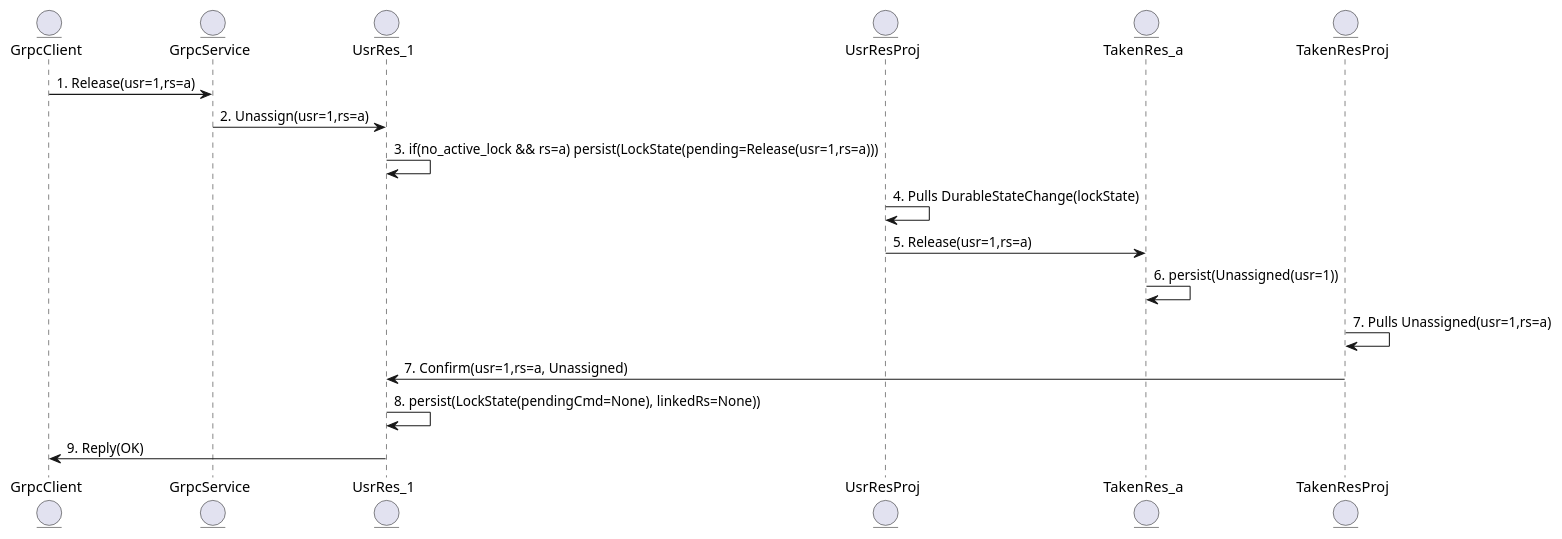
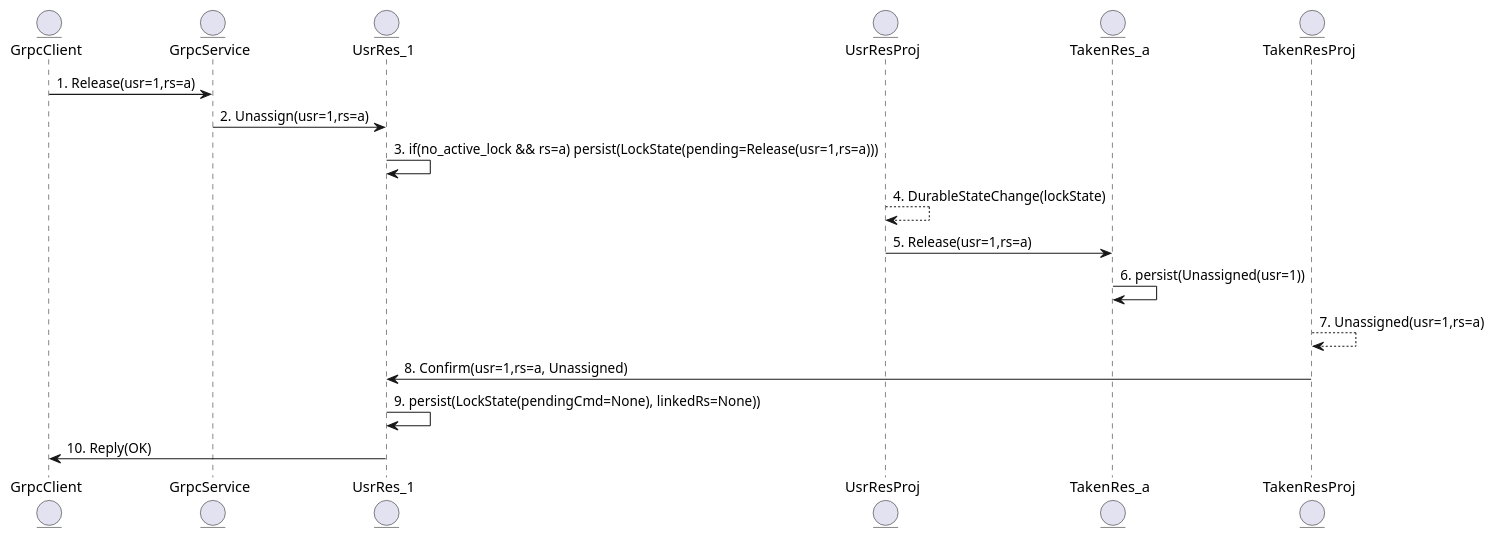
One commit to haghard/unique-resource-management changed the second of 3 diagrams in diagrams.md. Above: the diagram before and after it, drawn with PlantUML. The commit also changed other lines of this file and 1 other file, not shown here.

````diff
--- a/diagrams.md
+++ b/diagrams.md
@@ -46,38 +46,38 @@
 ```plantuml
 @startuml
 
 entity GrpcClient
 
 entity GrpcService
 
 entity UsrRes_1
 
 entity UsrResProj
 
 entity TakenRes_a
 
 entity TakenResProj
 
 
 GrpcClient -> GrpcService: 1. Release(usr=1,rs=a)
 
 GrpcService -> UsrRes_1: 2. Unassign(usr=1,rs=a)
 
 UsrRes_1 -> UsrRes_1: 3. if(no_active_lock && rs=a) persist(LockState(pending=Release(usr=1,rs=a))) 
 
-UsrResProj -> UsrResProj: 4. Pulls DurableStateChange(lockState) 
+UsrResProj --> UsrResProj: 4. DurableStateChange(lockState) 
 
 UsrResProj -> TakenRes_a: 5. Release(usr=1,rs=a) 
 
 TakenRes_a -> TakenRes_a: 6. persist(Unassigned(usr=1))
 
-TakenResProj -> TakenResProj: 7. Pulls Unassigned(usr=1,rs=a)
+TakenResProj --> TakenResProj: 7. Unassigned(usr=1,rs=a)
 
-TakenResProj -> UsrRes_1: 7. Confirm(usr=1,rs=a, Unassigned)
+TakenResProj -> UsrRes_1: 8. Confirm(usr=1,rs=a, Unassigned)
 
-UsrRes_1 -> UsrRes_1: 8. persist(LockState(pendingCmd=None), linkedRs=None))
+UsrRes_1 -> UsrRes_1: 9. persist(LockState(pendingCmd=None), linkedRs=None))
 
-UsrRes_1 -> GrpcClient: 9. Reply(OK)  
+UsrRes_1 -> GrpcClient: 10. Reply(OK)  
 
 @enduml
 ```
````
